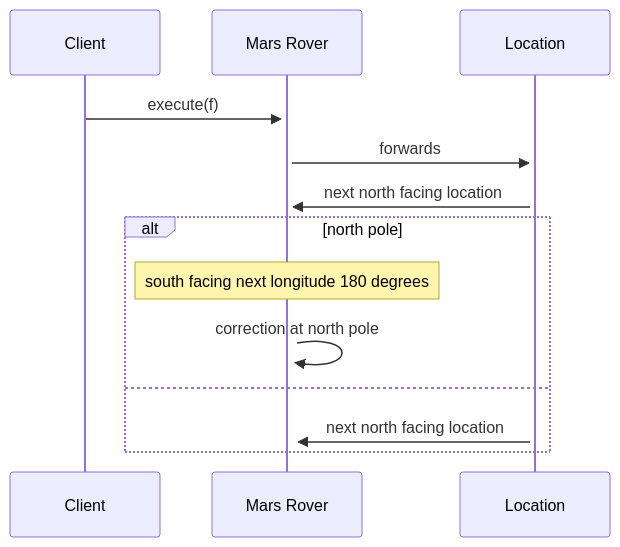
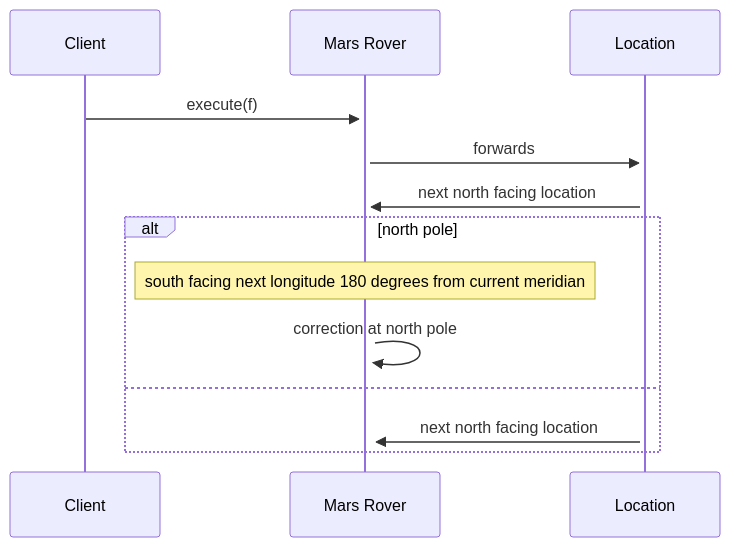
Before and after one commit to hemalvarambhia/mars-rover-kata-ruby: the diagram in diagrams/design.md, drawn with Mermaid.

Commit message:
Updated the diagram.

````diff
--- a/diagrams/design.md
+++ b/diagrams/design.md
@@ -3,13 +3,12 @@
 ```mermaid
 sequenceDiagram
     Client->>+Mars Rover: execute(f)
     Mars Rover->>+Location: forwards
     Location->>+Mars Rover: next north facing location 
     alt north pole
-        Note over Mars Rover: south facing next longitude 180 degrees 
+        Note over Mars Rover: south facing next longitude 180 degrees from current meridian
         Mars Rover->> Mars Rover: correction at north pole
     else
        Location->>+Mars Rover: next north facing location 
     end
-
 ```
````
